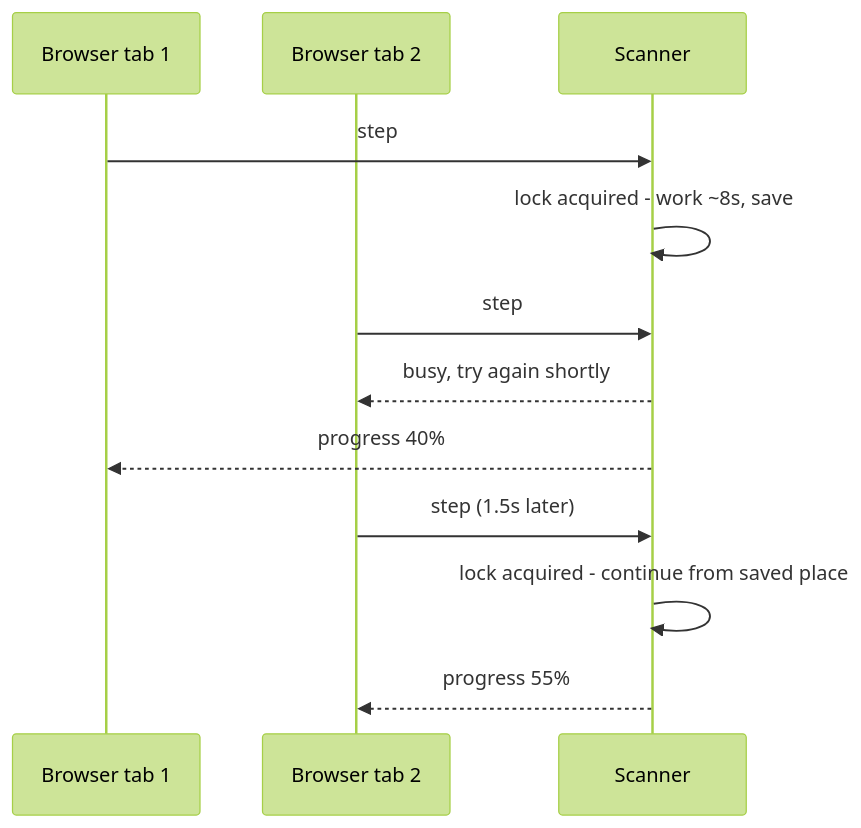
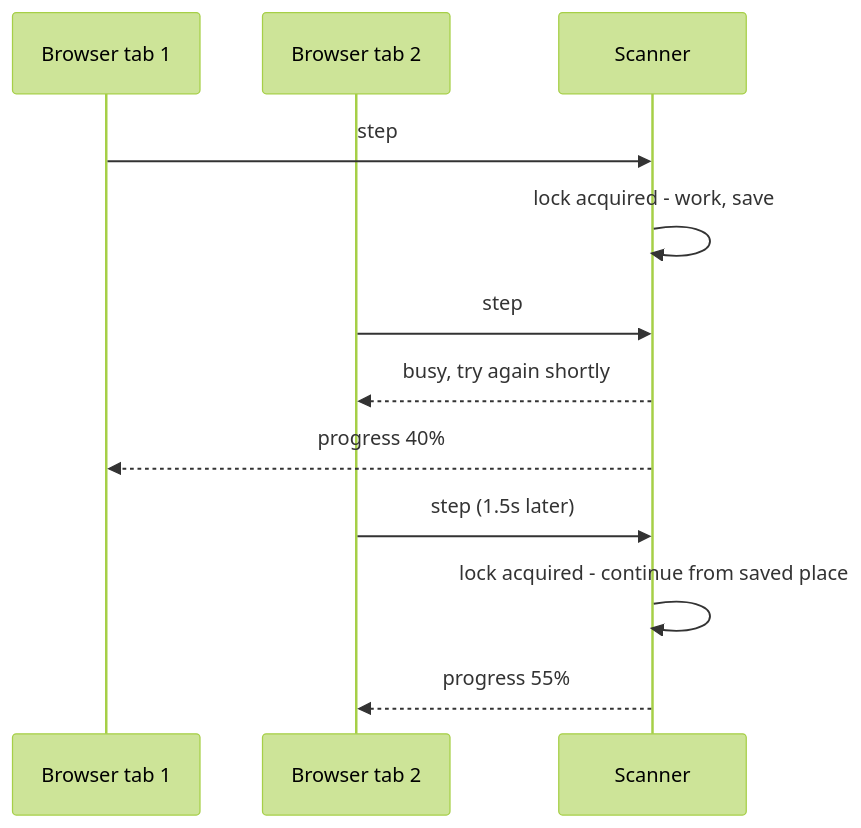
One commit to CptNope/JAT-Shell-Scanner changed diagram 13 of 14 in README.md. Above: the diagram before and after it, drawn with Mermaid (forest theme). The commit also changed other lines of this file and 20 other files, not shown here.

````diff
--- a/README.md
+++ b/README.md
@@ -573,14 +703,14 @@
 ```mermaid
 sequenceDiagram
     participant T1 as Browser tab 1
     participant T2 as Browser tab 2
     participant S as Scanner
     T1->>S: step
-    S->>S: lock acquired - work ~8s, save
+    S->>S: lock acquired - work, save
     T2->>S: step
     S-->>T2: busy, try again shortly
     S-->>T1: progress 40%
     T2->>S: step (1.5s later)
     S->>S: lock acquired - continue from saved place
     S-->>T2: progress 55%
 ```
````
